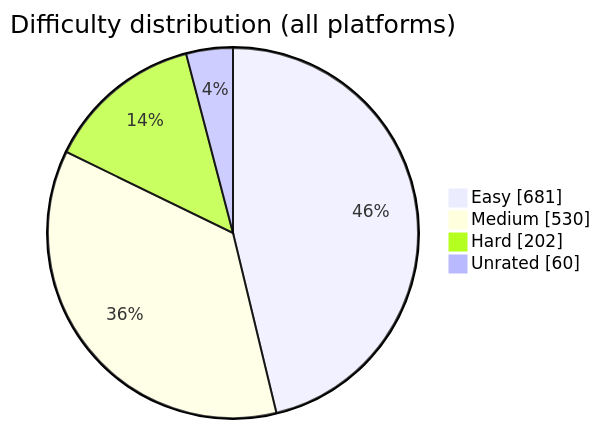
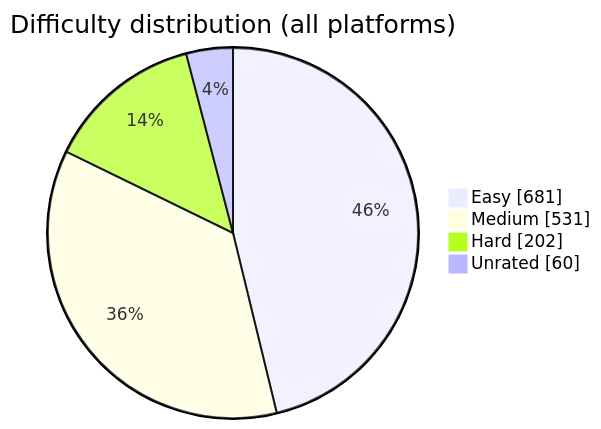
The diagram in README.md (BuildbyArindam/Daily-Coding-Log), drawn with Mermaid before and after one commit. The commit also changed other lines of this file, not shown here.

````diff
--- a/README.md
+++ b/README.md
@@ -93,7 +93,7 @@
 ```mermaid
 pie showData title Difficulty distribution (all platforms)
     "Easy" : 681
-    "Medium" : 530
+    "Medium" : 531
     "Hard" : 202
     "Unrated" : 60
 ```
````
